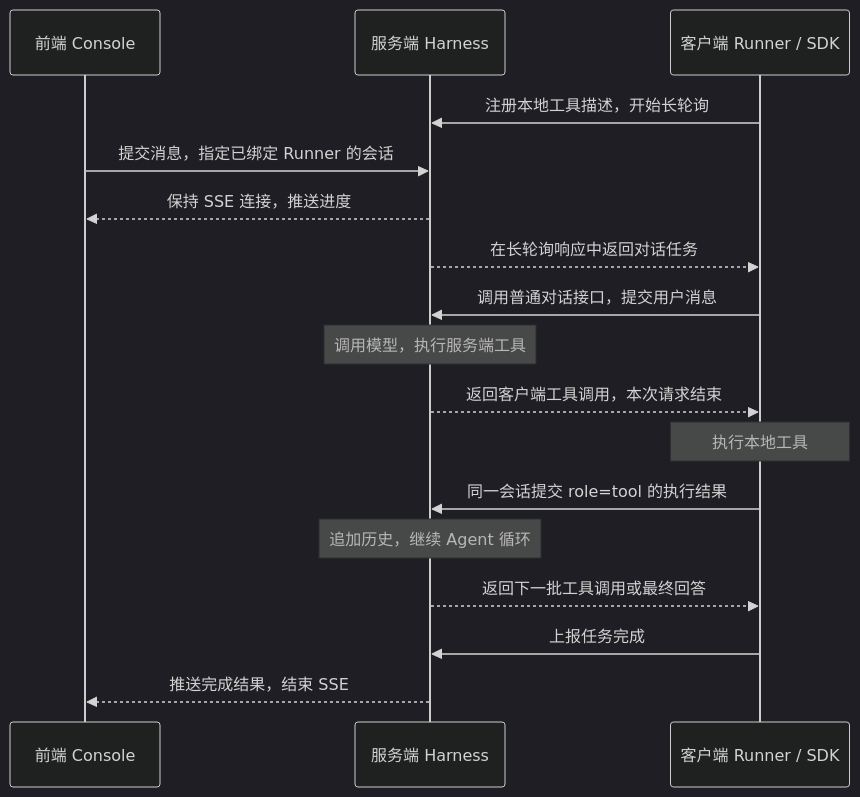
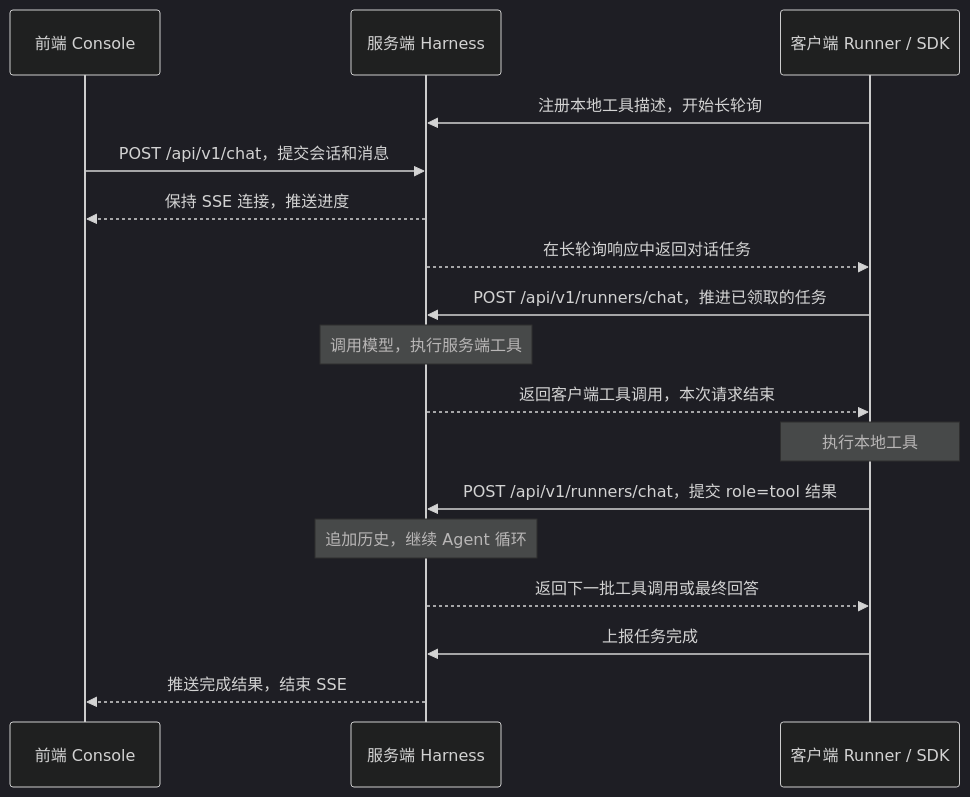
One commit to differentialmanifold/jagent-harness changed the diagram in README.zh-CN.md. Above: the diagram before and after it, drawn with Mermaid (dark theme). The commit also changed other lines of this file and 45 other files, not shown here.

Commit message:
Separate public chat submissions from Runner exchanges

````diff
--- a/README.zh-CN.md
+++ b/README.zh-CN.md
@@ -37,23 +47,23 @@
 ```mermaid
 sequenceDiagram
     participant UI as 前端 Console
     participant S as 服务端 Harness
     participant R as 客户端 Runner / SDK
 
     R->>S: 注册本地工具描述，开始长轮询
-    UI->>S: 提交消息，指定已绑定 Runner 的会话
+    UI->>S: POST /api/v1/chat，提交会话和消息
     S-->>UI: 保持 SSE 连接，推送进度
     S-->>R: 在长轮询响应中返回对话任务
 
-    R->>S: 调用普通对话接口，提交用户消息
+    R->>S: POST /api/v1/runners/chat，推进已领取的任务
     Note over S: 调用模型，执行服务端工具
     S-->>R: 返回客户端工具调用，本次请求结束
 
     Note over R: 执行本地工具
-    R->>S: 同一会话提交 role=tool 的执行结果
+    R->>S: POST /api/v1/runners/chat，提交 role=tool 结果
     Note over S: 追加历史，继续 Agent 循环
     S-->>R: 返回下一批工具调用或最终回答
 
     R->>S: 上报任务完成
     S-->>UI: 推送完成结果，结束 SSE
 ```
````
